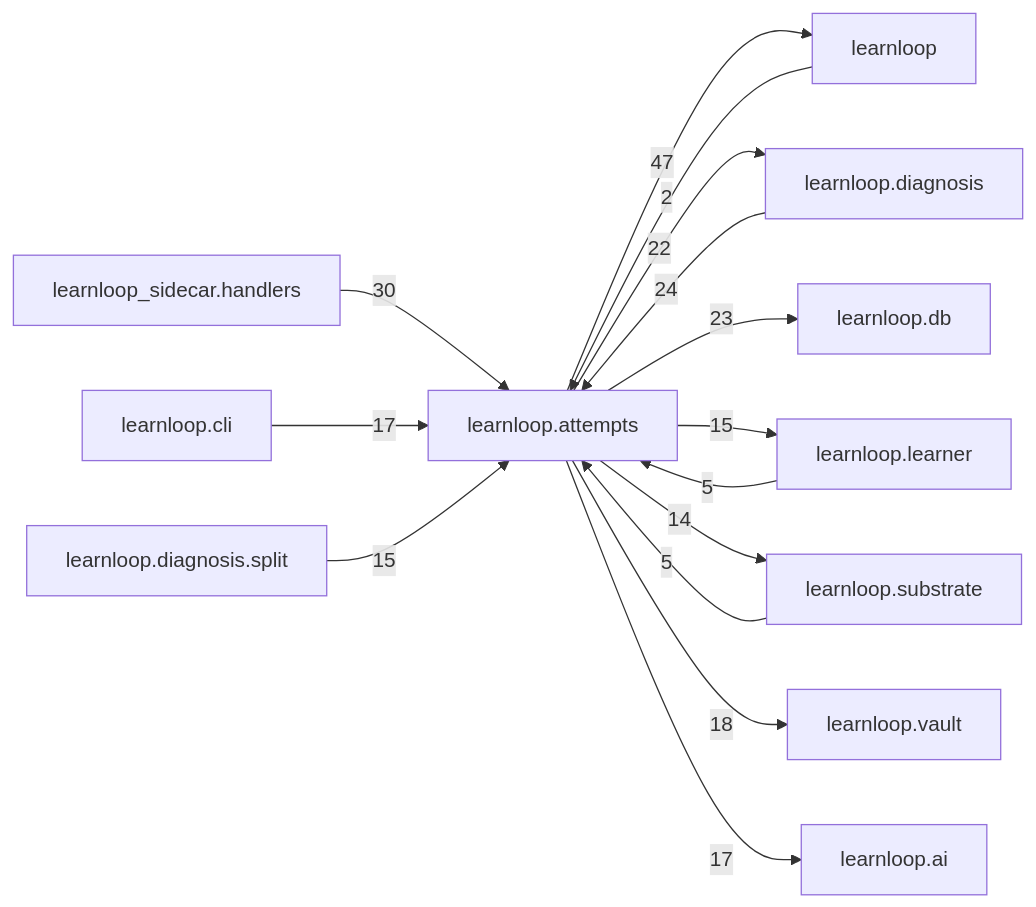
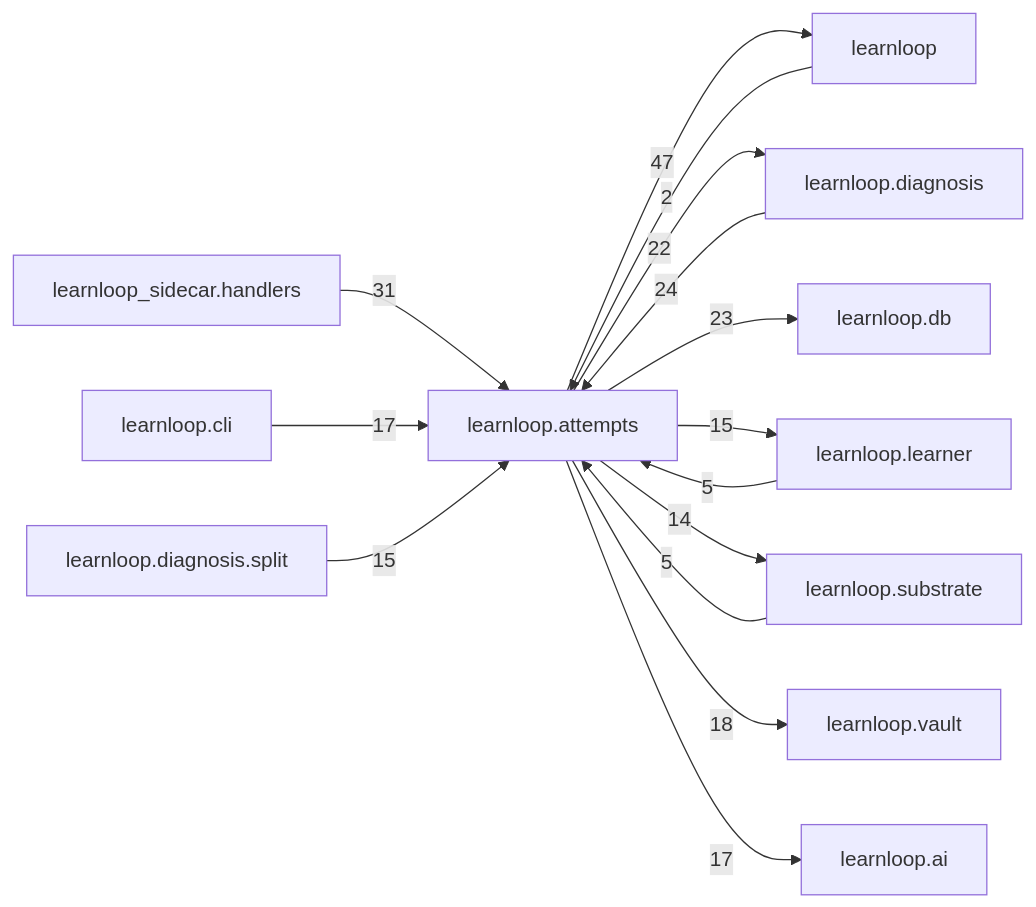
The diagram in docs/learnloop-architecture-vault/Reference/Modules/learnloop/attempts/_package.md (6up-b/learnanything), drawn with Mermaid before and after one commit. The commit also changed other lines of this file and 89 other files, not shown here.

````diff
--- a/docs/learnloop-architecture-vault/Reference/Modules/learnloop/attempts/_package.md
+++ b/docs/learnloop-architecture-vault/Reference/Modules/learnloop/attempts/_package.md
@@ -177,28 +177,28 @@
 ```mermaid
 flowchart LR
     center["learnloop.attempts"]
     n_learnloop["learnloop"]
     n_learnloop_diagnosis["learnloop.diagnosis"]
     n_learnloop_sidecar_handlers["learnloop_sidecar.handlers"]
     n_learnloop_db["learnloop.db"]
     n_learnloop_learner["learnloop.learner"]
     n_learnloop_substrate["learnloop.substrate"]
     n_learnloop_vault["learnloop.vault"]
     n_learnloop_ai["learnloop.ai"]
     n_learnloop_cli["learnloop.cli"]
     n_learnloop_diagnosis_split["learnloop.diagnosis.split"]
     n_learnloop -->|2| center
     center -->|47| n_learnloop
     n_learnloop_diagnosis -->|24| center
     center -->|22| n_learnloop_diagnosis
-    n_learnloop_sidecar_handlers -->|30| center
+    n_learnloop_sidecar_handlers -->|31| center
     center -->|23| n_learnloop_db
     n_learnloop_learner -->|5| center
     center -->|15| n_learnloop_learner
     n_learnloop_substrate -->|5| center
     center -->|14| n_learnloop_substrate
     center -->|18| n_learnloop_vault
     center -->|17| n_learnloop_ai
     n_learnloop_cli -->|17| center
     n_learnloop_diagnosis_split -->|15| center
 ```
````
